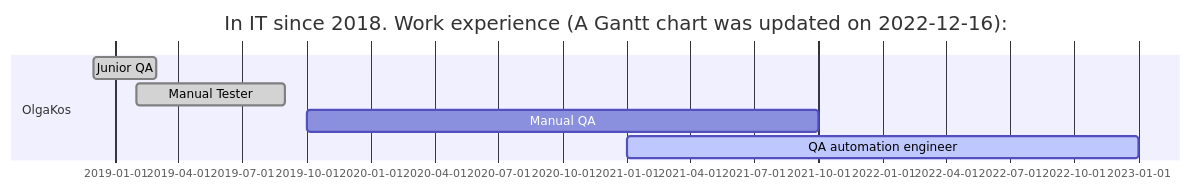
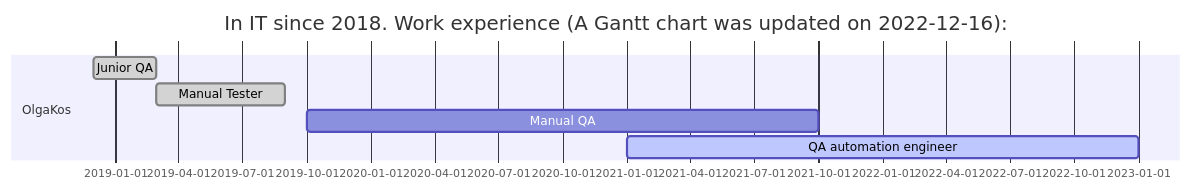
One commit to olgakos/olgakos changed the diagram in README.md. Above: the diagram before and after it, drawn with Mermaid. The commit also changed other lines of this file, not shown here.

````diff
--- a/README.md
+++ b/README.md
@@ -12,10 +12,10 @@
 ```mermaid
   gantt 
     title In IT since 2018. Work experience (A Gantt chart was updated on 2022-12-16):
     dateFormat  YYYY-MM
     section OlgaKos
     Junior QA         :done, 2018-12, 90d
-    Manual Tester	  :done, 2019-02, 2019-09
+    Manual Tester	  :done, 2019-03, 2019-09
     Manual QA         :after, 2019-10, 2021-10
     QA automation engineer     :active, 2021-01, 2023-01
 ```
````
